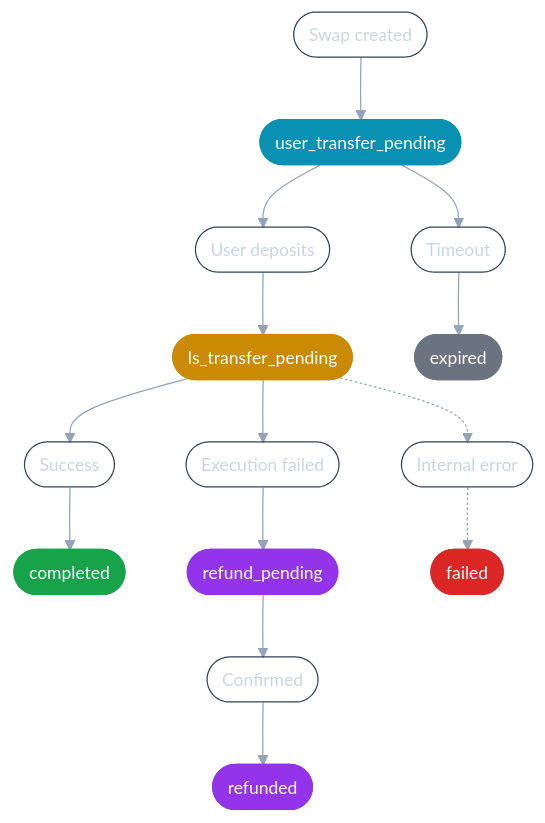
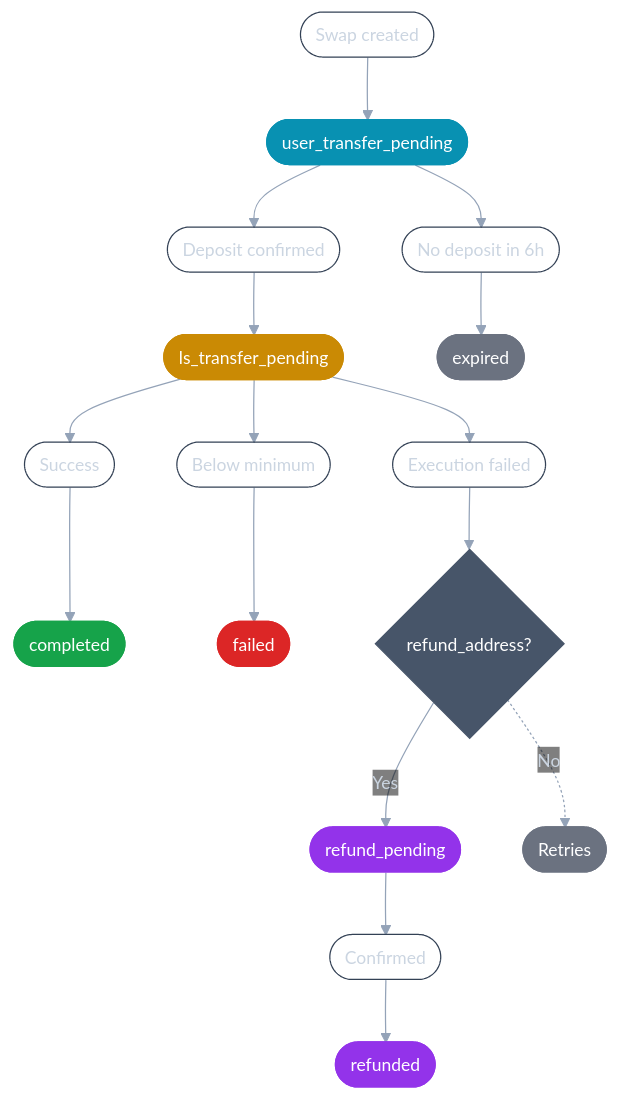
The diagram in api-reference/swap-lifecycle.mdx (layerswap/layerswap-docs), drawn with Mermaid before and after one commit. The commit also changed other lines of this file, not shown here.

First line of the commit message:
Add detailed failure scenarios and refund logic to swap lifecycle

````diff
--- a/api-reference/swap-lifecycle.mdx
+++ b/api-reference/swap-lifecycle.mdx
@@ -9,23 +9,28 @@
 ```mermaid
-%%{init: {'theme': 'base', 'themeVariables': {'background': '#1a1a2e', 'lineColor': '#94a3b8', 'fontSize': '14px'}}}%%
+%%{init: {'theme': 'base', 'themeVariables': {'background': '#1a1a2e', 'lineColor': '#94a3b8', 'fontSize': '14px', 'edgeLabelBackground': 'transparent', 'tertiaryTextColor': '#ffffff'}}}%%
 graph TD
     l1([Swap created]) --> B([user_transfer_pending])
-    B --> l2([User deposits]) --> D([ls_transfer_pending])
-    B --> l3([Timeout]) --> C([expired])
+    B --> l2([Deposit confirmed]) --> D([ls_transfer_pending])
+    B --> l3([No deposit in 6h]) --> C([expired])
     D --> l4([Success]) --> E([completed])
-    D --> l5([Execution failed]) --> G([refund_pending])
-    D -.-> l6([Internal error]) -.-> F([failed])
+    D --> l5([Below minimum]) --> F([failed])
+    D --> l6([Execution failed]) --> R{refund_address?}
+    R --> |Yes| G([refund_pending])
+    R -.-> |No| M([Retries])
     G --> l7([Confirmed]) --> H([refunded])
 
     classDef label fill:none,color:#cbd5e1,stroke:#334155,stroke-width:1px
 
     class l1,l2,l3,l4,l5,l6,l7 label
+
+    style R fill:#475569,color:#fff,stroke:#475569
+    style M fill:#6b7280,color:#fff,stroke:#6b7280
 
     style B fill:#0891b2,color:#fff,stroke:#0891b2
     style D fill:#ca8a04,color:#fff,stroke:#ca8a04
     style E fill:#16a34a,color:#fff,stroke:#16a34a
     style C fill:#6b7280,color:#fff,stroke:#6b7280
     style F fill:#dc2626,color:#fff,stroke:#dc2626
     style G fill:#9333ea,color:#fff,stroke:#9333ea
     style H fill:#9333ea,color:#fff,stroke:#9333ea
 ```
````
